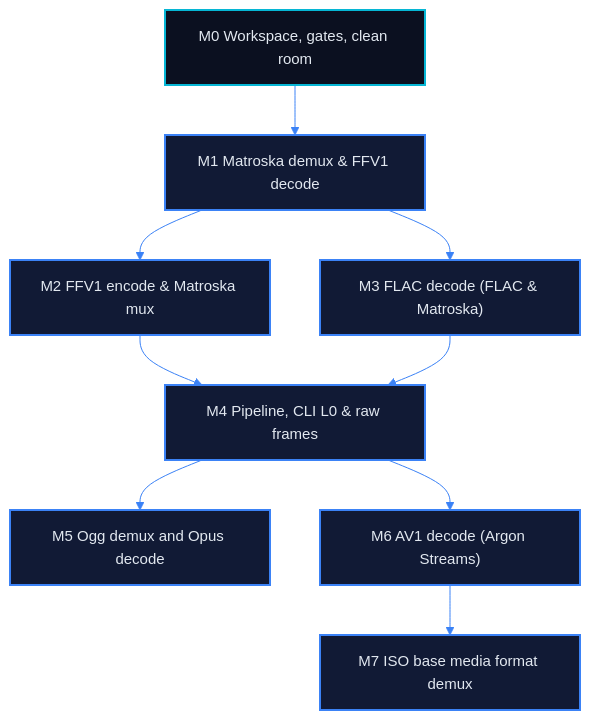
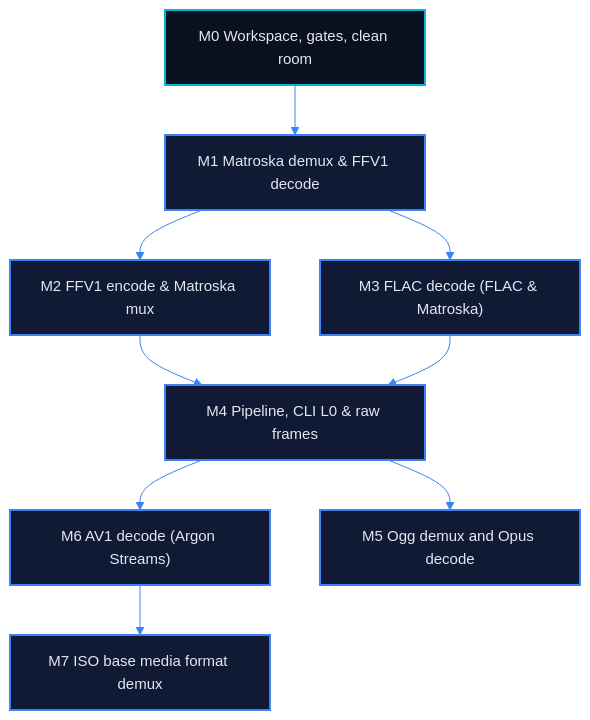
Before and after one commit to vidiko/alveus: the second of 2 diagrams in README.md, drawn with Mermaid. The commit also changed other lines of this file and 11 other files, not shown here.

````diff
--- a/README.md
+++ b/README.md
@@ -172,25 +172,25 @@
 ```mermaid
 %%{init: {'theme': 'base', 'themeVariables': {'fontFamily': 'ui-sans-serif, Segoe UI, Helvetica, Arial, sans-serif', 'fontSize': '15px', 'primaryColor': '#111a35', 'primaryTextColor': '#e2e8f0', 'primaryBorderColor': '#3b82f6', 'lineColor': '#3b82f6', 'edgeLabelBackground': '#111a35', 'tertiaryColor': '#0b1020'}}}%%
 flowchart TD
   classDef input fill:#0b1020,stroke:#06b6d4,stroke-width:2px,color:#e2e8f0
   classDef step fill:#111a35,stroke:#3b82f6,stroke-width:2px,color:#e2e8f0
   classDef decide fill:#111a35,stroke:#8b5cf6,stroke-width:2px,color:#e2e8f0
 
   M0["M0 Workspace, gates, clean room"]:::input
   M1["M1 Matroska demux & FFV1 decode"]:::step
   M2["M2 FFV1 encode & Matroska mux"]:::step
   M3["M3 FLAC decode (FLAC & Matroska)"]:::step
   M4["M4 Pipeline, CLI L0 & raw frames"]:::step
+  M6["M6 AV1 decode (Argon Streams)"]:::step
   M5["M5 Ogg demux and Opus decode"]:::step
-  M6["M6 AV1 decode (Argon Streams)"]:::step
   M7["M7 ISO base media format demux"]:::step
 
   M0 --> M1
   M1 --> M2
   M1 --> M3
   M2 --> M4
   M3 --> M4
+  M4 --> M6
   M4 --> M5
-  M4 --> M6
   M6 --> M7
 ```
````
